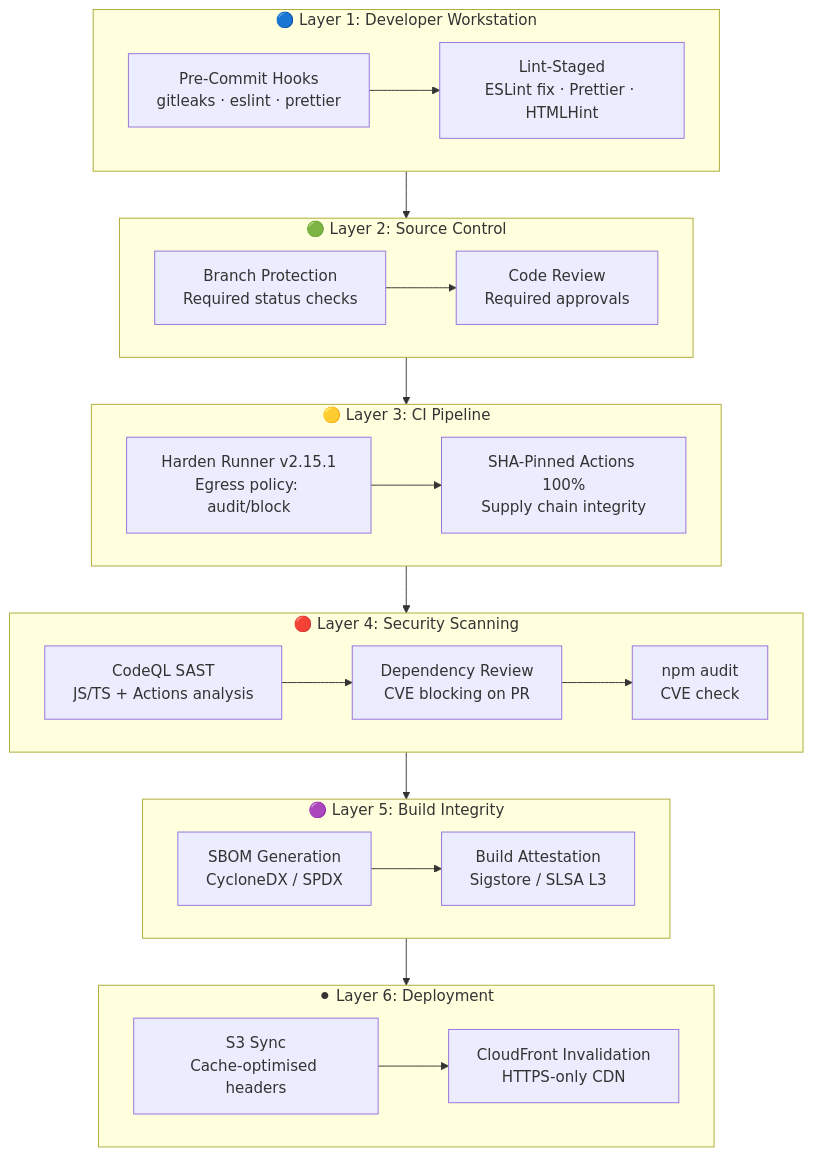
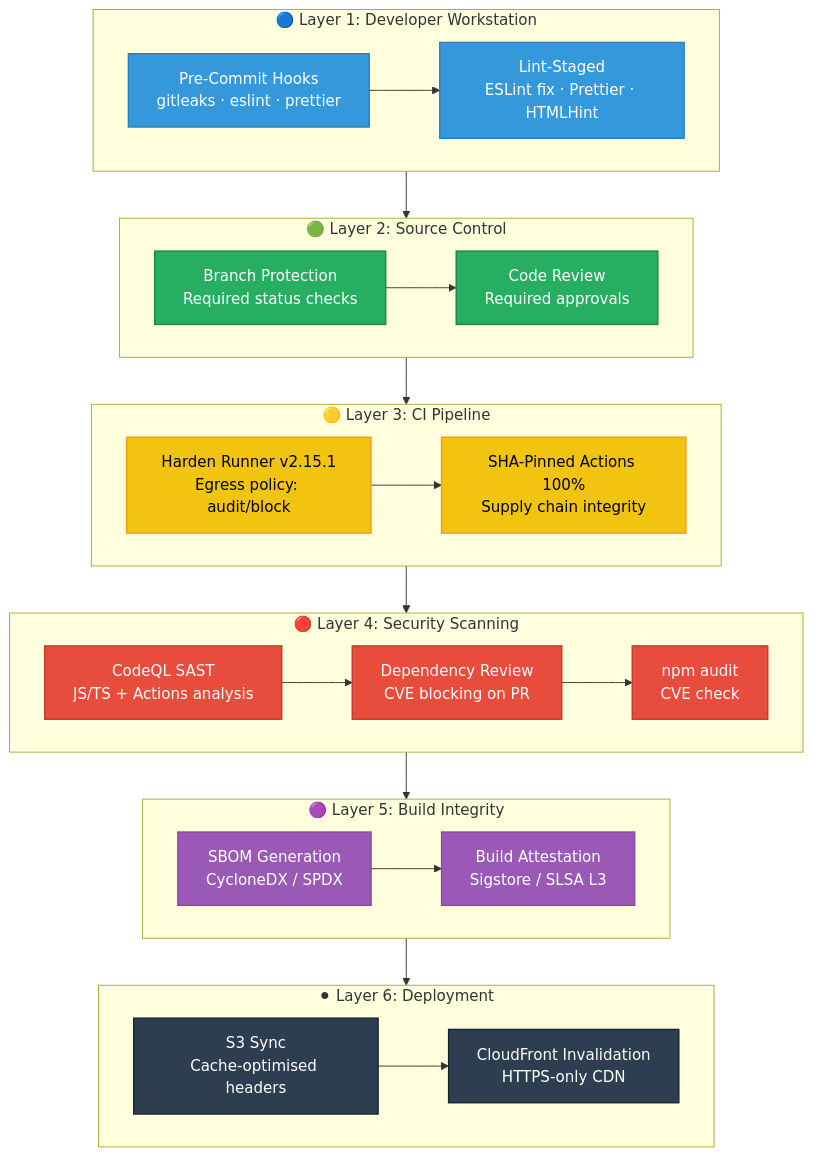
The tenth of 16 diagrams in docs/api/media/WORKFLOWS.md (Hack23/euparliamentmonitor), drawn with Mermaid before and after one commit. The commit also changed other lines of this file and 1053 other files, not shown here.

````diff
--- a/docs/api/media/WORKFLOWS.md
+++ b/docs/api/media/WORKFLOWS.md
@@ -822,41 +1072,55 @@
 ```mermaid
 graph TD
     subgraph Layer1["🔵 Layer 1: Developer Workstation"]
         PC[Pre-Commit Hooks<br/>gitleaks · eslint · prettier]
         LS[Lint-Staged<br/>ESLint fix · Prettier · HTMLHint]
         PC --> LS
     end
 
     subgraph Layer2["🟢 Layer 2: Source Control"]
         BP[Branch Protection<br/>Required status checks]
         CR[Code Review<br/>Required approvals]
         BP --> CR
     end
 
     subgraph Layer3["🟡 Layer 3: CI Pipeline"]
         HR[Harden Runner v2.15.1<br/>Egress policy: audit/block]
         ST[SHA-Pinned Actions 100%<br/>Supply chain integrity]
         HR --> ST
     end
 
     subgraph Layer4["🔴 Layer 4: Security Scanning"]
         CQL[CodeQL SAST<br/>JS/TS + Actions analysis]
         DR[Dependency Review<br/>CVE blocking on PR]
         NA[npm audit<br/>CVE check]
         CQL --> DR --> NA
     end
 
     subgraph Layer5["🟣 Layer 5: Build Integrity"]
         SB[SBOM Generation<br/>CycloneDX / SPDX]
         AT[Build Attestation<br/>Sigstore / SLSA L3]
         SB --> AT
     end
 
     subgraph Layer6["⚫ Layer 6: Deployment"]
         S3[S3 Sync<br/>Cache-optimised headers]
         CF[CloudFront Invalidation<br/>HTTPS-only CDN]
         S3 --> CF
     end
 
     Layer1 --> Layer2 --> Layer3 --> Layer4 --> Layer5 --> Layer6
+
+    classDef layer1 fill:#3498db,stroke:#2980b9,stroke-width:1.5px,color:white
+    classDef layer2 fill:#27ae60,stroke:#1e8449,stroke-width:1.5px,color:white
+    classDef layer3 fill:#f1c40f,stroke:#f39c12,stroke-width:1.5px,color:black
+    classDef layer4 fill:#e74c3c,stroke:#c0392b,stroke-width:1.5px,color:white
+    classDef layer5 fill:#9b59b6,stroke:#8e44ad,stroke-width:1.5px,color:white
+    classDef layer6 fill:#2c3e50,stroke:#1a252f,stroke-width:1.5px,color:white
+
+    class PC,LS layer1
+    class BP,CR layer2
+    class HR,ST layer3
+    class CQL,DR,NA layer4
+    class SB,AT layer5
+    class S3,CF layer6
 ```
````
